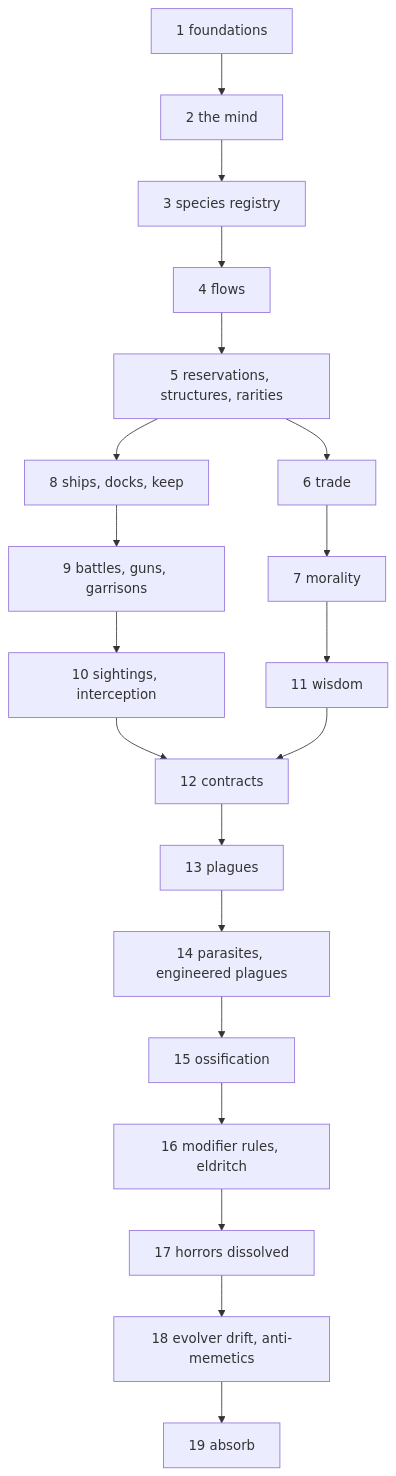
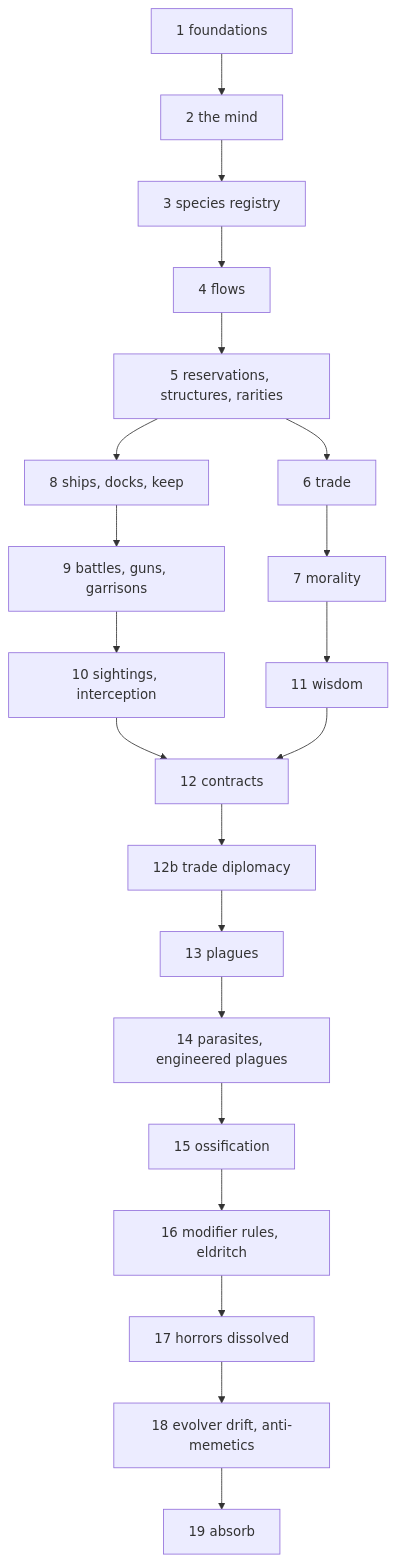
Before and after one commit to aulme/older-than-their-sun: the diagram in specs/plan.md, drawn with Mermaid. The commit also changed other lines of this file and 29 other files, not shown here.

````diff
--- a/specs/plan.md
+++ b/specs/plan.md
@@ -47,22 +48,23 @@
 ```mermaid
 flowchart TD
   S1[1 foundations] --> S2[2 the mind]
   S2 --> S3[3 species registry]
   S3 --> S4[4 flows]
   S4 --> S5[5 reservations, structures, rarities]
   S5 --> S6[6 trade]
   S6 --> S7[7 morality]
   S5 --> S8[8 ships, docks, keep]
   S8 --> S9[9 battles, guns, garrisons]
   S9 --> S10[10 sightings, interception]
   S7 --> S11[11 wisdom]
   S10 --> S12[12 contracts]
   S11 --> S12
-  S12 --> S13[13 plagues]
+  S12 --> S12b[12b trade diplomacy]
+  S12b --> S13[13 plagues]
   S13 --> S14[14 parasites, engineered plagues]
   S14 --> S15[15 ossification]
   S15 --> S16[16 modifier rules, eldritch]
   S16 --> S17[17 horrors dissolved]
   S17 --> S18[18 evolver drift, anti-memetics]
   S18 --> S19[19 absorb]
 ```
````
